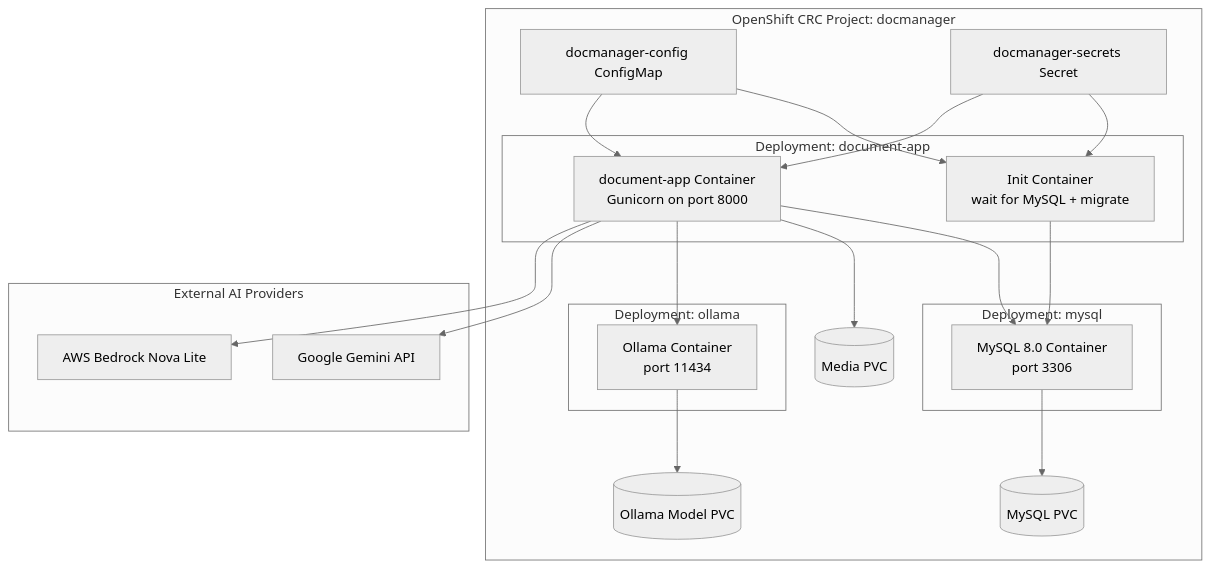
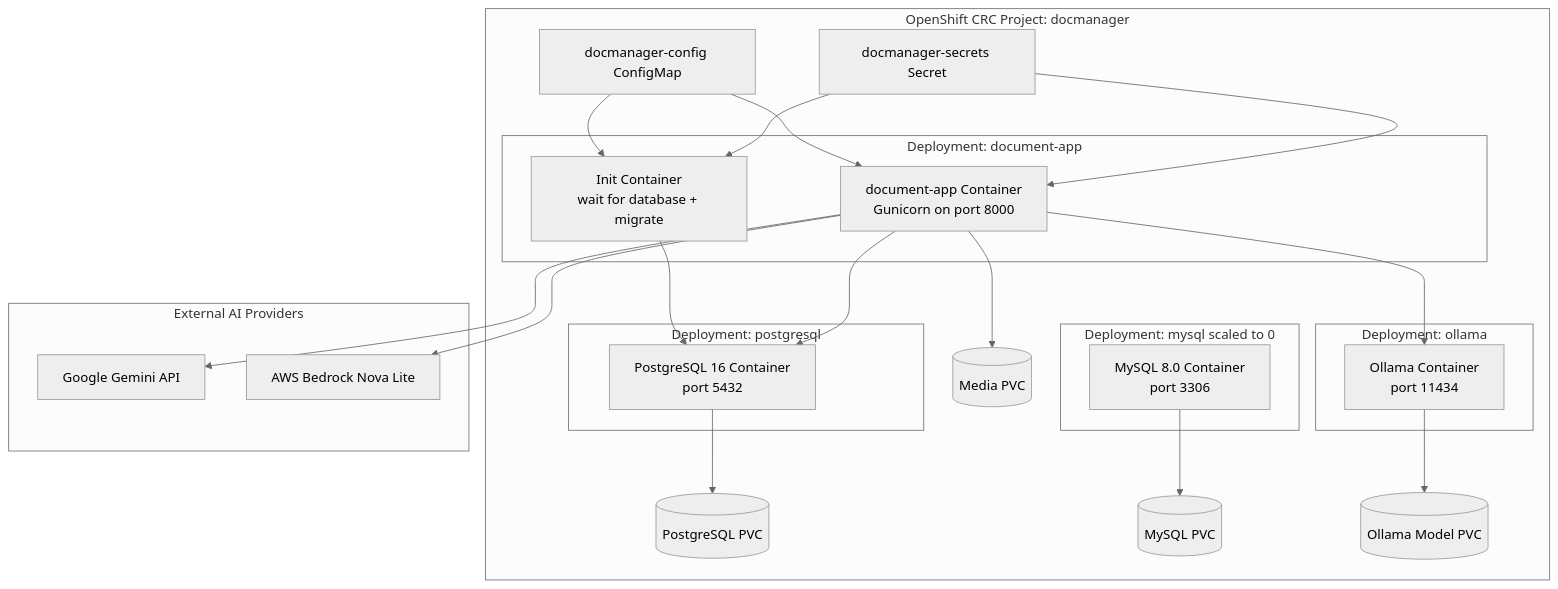
Before and after one commit to khaliqueaws-creator/document-management: the first of 3 diagrams in docs/deployment.md, drawn with Mermaid (neutral theme). The commit also changed other lines of this file and 5 other files, not shown here.

Commit message:
Make PostgreSQL the active OpenShift database

````diff
--- a/docs/deployment.md
+++ b/docs/deployment.md
@@ -9,44 +9,50 @@
 ```mermaid
 flowchart TB
     subgraph OpenShift_CRC[OpenShift CRC Project: docmanager]
         Config[docmanager-config ConfigMap]
         Secret[docmanager-secrets Secret]
 
         subgraph Django_Deployment[Deployment: document-app]
-            Init[Init Container\nwait for MySQL + migrate]
+            Init[Init Container\nwait for database + migrate]
             Web[document-app Container\nGunicorn on port 8000]
         end
 
-        subgraph Database[Deployment: mysql]
-            DB[MySQL 8.0 Container\nport 3306]
+        subgraph Database[Deployment: postgresql]
+            DB[PostgreSQL 16 Container\nport 5432]
+        end
+
+        subgraph Rollback_DB[Deployment: mysql scaled to 0]
+            MySQL[MySQL 8.0 Container\nport 3306]
         end
 
         subgraph AI_Local[Deployment: ollama]
             Ollama[Ollama Container\nport 11434]
         end
 
         Media[(Media PVC)]
-        DBPVC[(MySQL PVC)]
+        DBPVC[(PostgreSQL PVC)]
+        MySQLPVC[(MySQL PVC)]
         ModelPVC[(Ollama Model PVC)]
 
         Config --> Init
         Secret --> Init
         Config --> Web
         Secret --> Web
 
         Init --> DB
         Web --> DB
         Web --> Media
         DB --> DBPVC
+        MySQL --> MySQLPVC
         Ollama --> ModelPVC
         Web --> Ollama
     end
 
     subgraph AI_External[External AI Providers]
         Gemini[Google Gemini API]
         Bedrock[AWS Bedrock Nova Lite]
     end
 
     Web --> Gemini
     Web --> Bedrock
 ```
````
